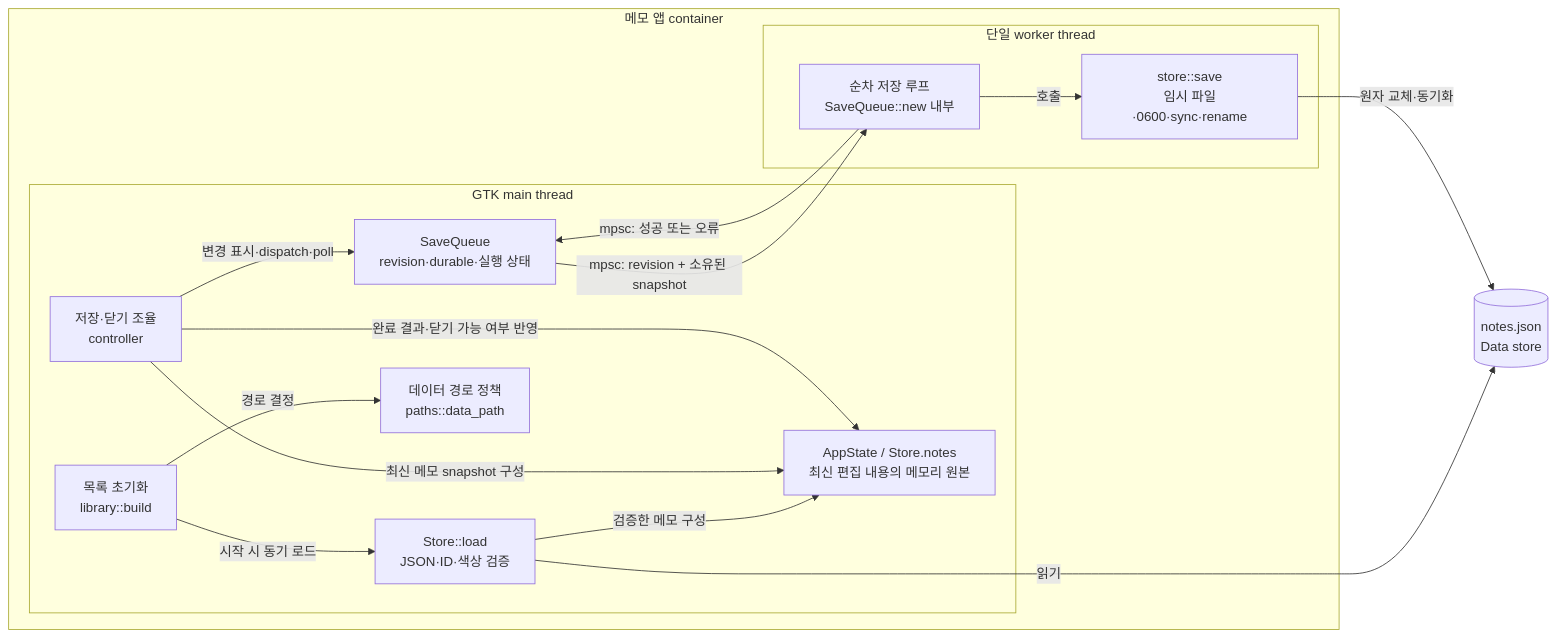
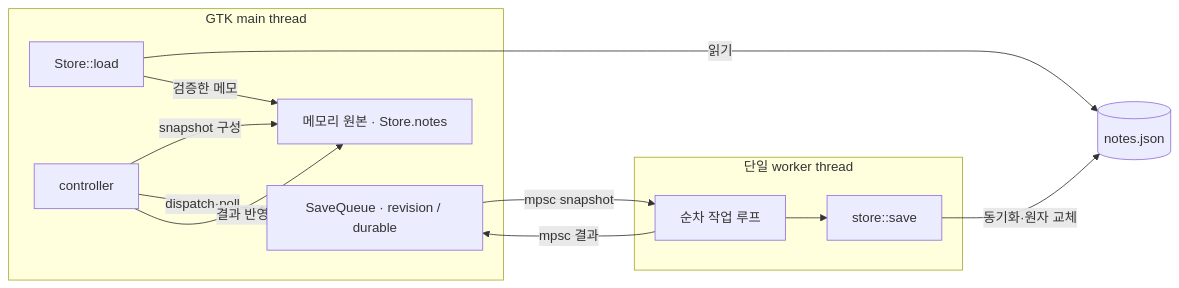
Before and after one commit to pollux-o4/MemoIvy: the diagram in architecture/03-persistence-components.md, drawn with Mermaid. The commit also changed other lines of this file and 44 other files, not shown here.

````diff
--- a/architecture/03-persistence-components.md
+++ b/architecture/03-persistence-components.md
@@ -5,29 +3,23 @@
 ```mermaid
 flowchart LR
-    subgraph app["메모 앱 container"]
-        subgraph main["GTK main thread"]
-            library["목록 초기화<br/>library::build"]
-            state["AppState / Store.notes<br/>최신 편집 내용의 메모리 원본"]
-            control["저장·닫기 조율<br/>controller"]
-            queue["SaveQueue<br/>revision·durable·실행 상태"]
-            load["Store::load<br/>JSON·ID·색상 검증"]
-            paths["데이터 경로 정책<br/>paths::data_path"]
-        end
-        subgraph thread["단일 worker thread"]
-            worker["순차 저장 루프<br/>SaveQueue::new 내부"]
-            save["store::save<br/>임시 파일·0600·sync·rename"]
-        end
+    subgraph main["GTK main thread"]
+        load["Store::load"]
+        state["메모리 원본 · Store.notes"]
+        controller["controller"]
+        queue["SaveQueue · revision / durable"]
     end
-    file[("notes.json<br/>Data store")]
-    library -->|경로 결정| paths
-    library -->|시작 시 동기 로드| load
+    subgraph worker["단일 worker thread"]
+        writer["순차 작업 루프"]
+        save["store::save"]
+    end
+    file[("notes.json")]
     load -->|읽기| file
-    load -->|검증한 메모 구성| state
-    control -->|최신 메모 snapshot 구성| state
-    control -->|변경 표시·dispatch·poll| queue
-    queue -->|mpsc: revision + 소유된 snapshot| worker
-    worker -->|호출| save
-    save -->|원자 교체·동기화| file
-    worker -->|mpsc: 성공 또는 오류| queue
-    control -->|완료 결과·닫기 가능 여부 반영| state
+    load -->|검증한 메모| state
+    controller -->|snapshot 구성| state
+    controller -->|dispatch·poll| queue
+    queue -->|mpsc snapshot| writer
+    writer --> save
+    save -->|동기화·원자 교체| file
+    writer -->|mpsc 결과| queue
+    controller -->|결과 반영| state
 ```
````
